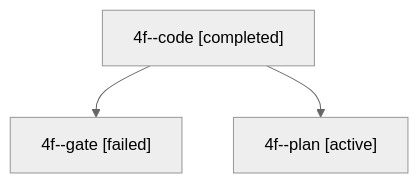
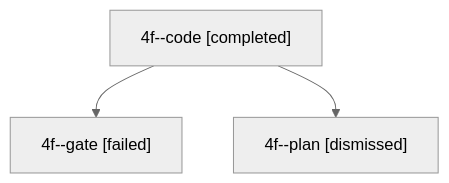
Before and after one commit to bobs-org/bob-cli--agents: the diagram in sessions/bbugyi200.apollo.4f.md, drawn with Mermaid (neutral theme). The commit also changed other lines of this file and 30 other files, not shown here.

````diff
--- a/sessions/bbugyi200.apollo.4f.md
+++ b/sessions/bbugyi200.apollo.4f.md
@@ -9,8 +9,8 @@
 ```mermaid
 flowchart TD
   n0["4f--code [completed]"]
   n1["4f--gate [failed]"]
   n0 --> n1
-  n2["4f--plan [active]"]
+  n2["4f--plan [dismissed]"]
   n0 --> n2
 ```
````
